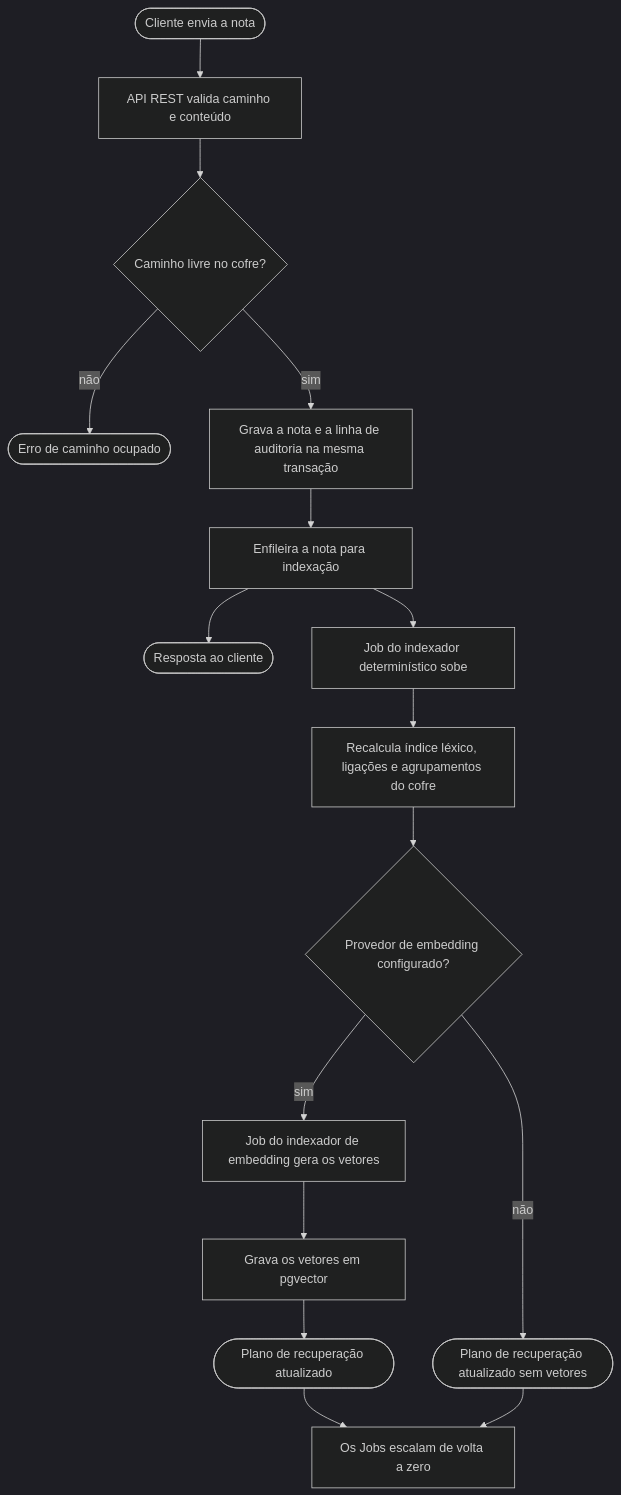
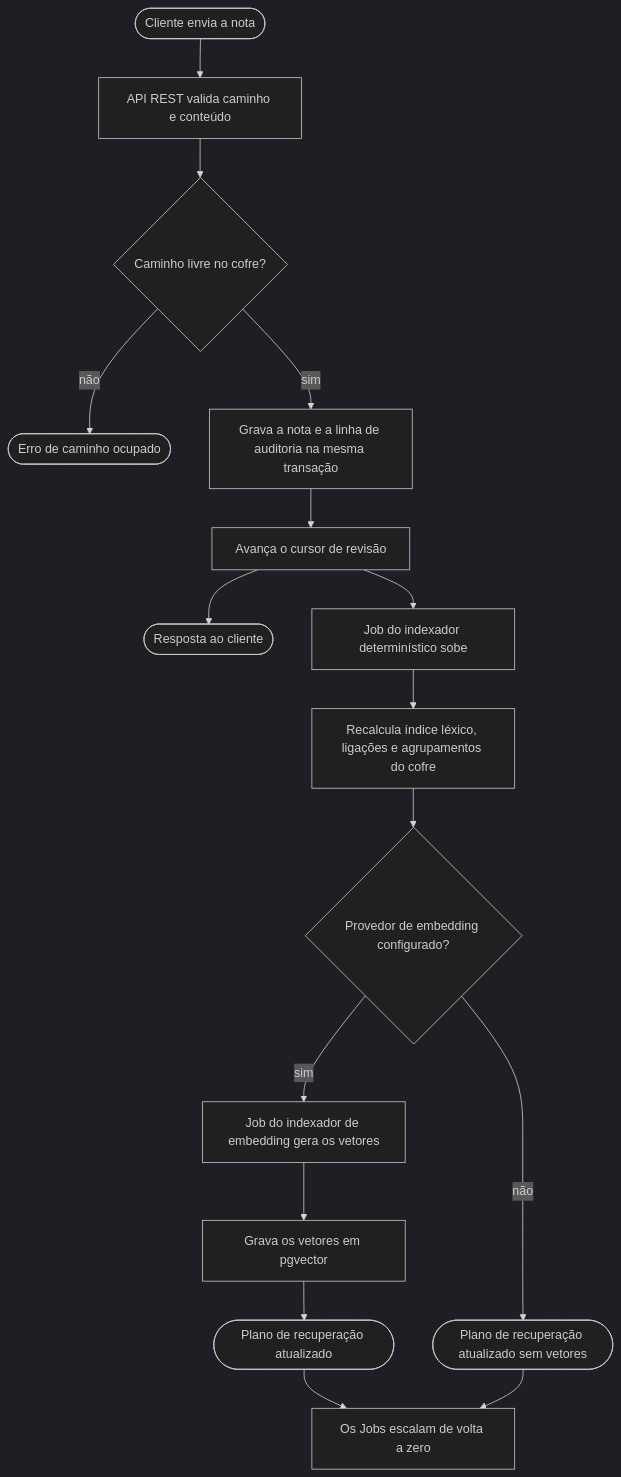
Before and after one commit to markupp-labs/markupp: the first of 4 diagrams in docs/fluxogramas.md, drawn with Mermaid (dark theme). The commit also changed other lines of this file and 1 other file, not shown here.

Commit message:
docs: troca fila por cursor de revisao nos fluxos

````diff
--- a/docs/fluxogramas.md
+++ b/docs/fluxogramas.md
@@ -10,18 +10,18 @@
 ```mermaid
 flowchart TD
   A(["Cliente envia a nota"]) --> B["API REST valida caminho e conteúdo"]
   B --> C{"Caminho livre no cofre?"}
   C -- não --> D(["Erro de caminho ocupado"])
   C -- sim --> E["Grava a nota e a linha de auditoria na mesma transação"]
-  E --> F["Enfileira a nota para indexação"]
+  E --> F["Avança o cursor de revisão"]
   F --> G(["Resposta ao cliente"])
   F --> H["Job do indexador determinístico sobe"]
   H --> I["Recalcula índice léxico, ligações e agrupamentos do cofre"]
   I --> J{"Provedor de embedding configurado?"}
   J -- não --> K(["Plano de recuperação atualizado sem vetores"])
   J -- sim --> L["Job do indexador de embedding gera os vetores"]
   L --> M["Grava os vetores em pgvector"]
   M --> N(["Plano de recuperação atualizado"])
   N --> O["Os Jobs escalam de volta a zero"]
   K --> O
 ```
````
